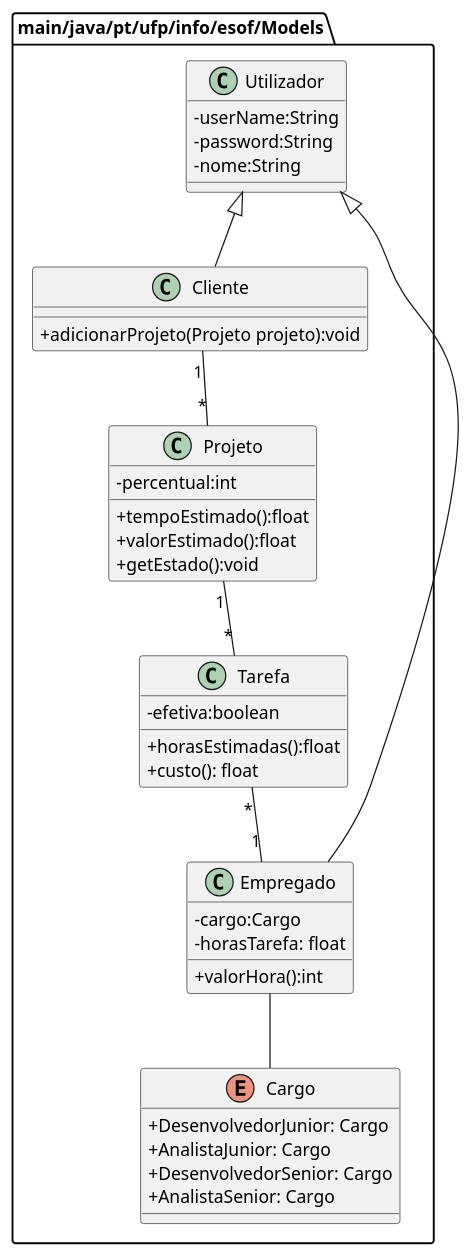
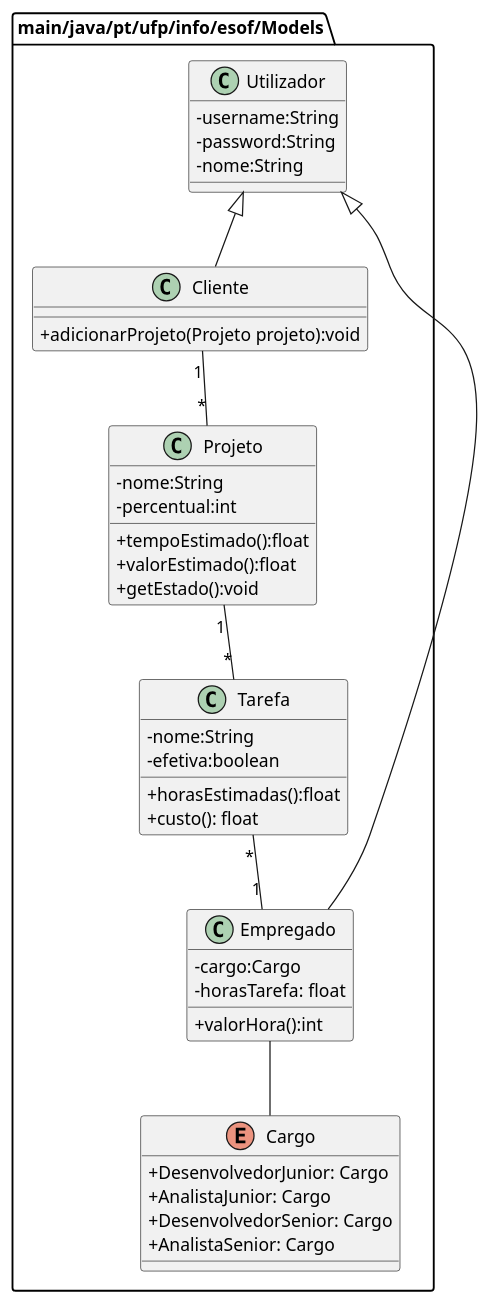
Before and after one commit to 35365/projetoEsof: the diagram in src/main/diagramaClasse.puml, drawn with PlantUML. The commit also changed 10 other files, not shown here.

```diff
--- a/src/main/diagramaClasse.puml
+++ b/src/main/diagramaClasse.puml
@@ -1,49 +1,51 @@
 @startuml diagramaClasses
 
 skinparam classAttributeIconSize 0
 package "main/java/pt/ufp/info/esof/Models"{
 
     class Utilizador{
-            - userName:String
+            - username:String
             - password:String
             - nome:String
     }
     class Cliente{
         + adicionarProjeto(Projeto projeto):void
     }
     class Projeto{
+        - nome:String
         - percentual:int
         + tempoEstimado():float
         + valorEstimado():float
         + getEstado():void
     }
     class Tarefa{
+        - nome:String
         - efetiva:boolean
         + horasEstimadas():float
         + custo(): float
     }
     class Empregado{
         - cargo:Cargo
         - horasTarefa: float
         + valorHora():int
     }
 
     Enum Cargo{
     + DesenvolvedorJunior: Cargo
     + AnalistaJunior: Cargo
     + DesenvolvedorSenior: Cargo
     + AnalistaSenior: Cargo
     }
     'Dependencias
     Utilizador <|-- Cliente
     Utilizador <|-- Empregado
 
     'Atributos
     Cliente "1" --"*" Projeto
     Projeto "1" -- "*" Tarefa
     Tarefa "*" -- "1" Empregado
     Empregado -- Cargo
 
 }
 
 @enduml
```
